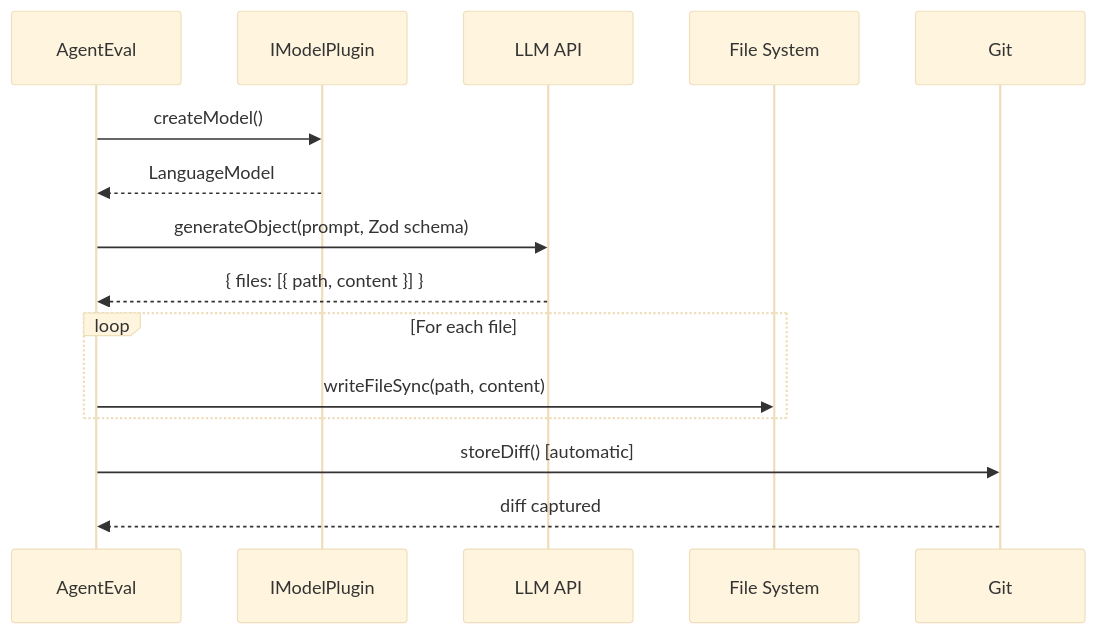
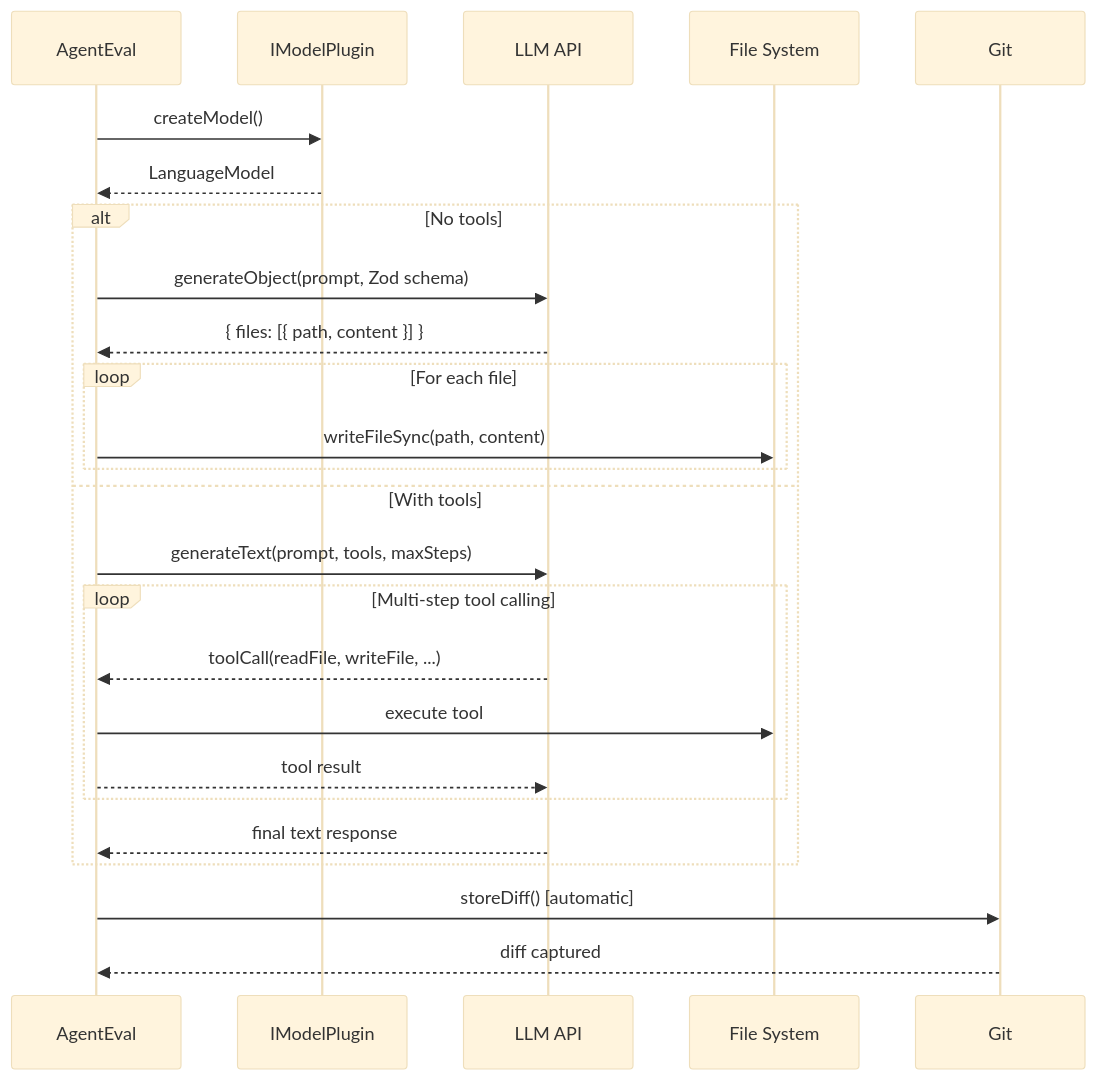
Before and after one commit to Tlahey/agent-eval: the first of 2 diagrams in apps/docs/guide/runners.md, drawn with Mermaid (base theme). The commit also changed other lines of this file and 12 other files, not shown here.

First line of the commit message:
feat(llm): add GitHubModelsModel plugin with tools and ModelSettings (#17)

````diff
--- a/apps/docs/guide/runners.md
+++ b/apps/docs/guide/runners.md
@@ -290,18 +341,28 @@
 ```mermaid
 sequenceDiagram
     participant AE as AgentEval
     participant MP as IModelPlugin
     participant LLM as LLM API
     participant FS as File System
     participant Git as Git
 
     AE->>MP: createModel()
     MP-->>AE: LanguageModel
-    AE->>LLM: generateObject(prompt, Zod schema)
-    LLM-->>AE: { files: [{ path, content }] }
-    loop For each file
-        AE->>FS: writeFileSync(path, content)
+    alt No tools
+        AE->>LLM: generateObject(prompt, Zod schema)
+        LLM-->>AE: { files: [{ path, content }] }
+        loop For each file
+            AE->>FS: writeFileSync(path, content)
+        end
+    else With tools
+        AE->>LLM: generateText(prompt, tools, maxSteps)
+        loop Multi-step tool calling
+            LLM-->>AE: toolCall(readFile, writeFile, ...)
+            AE->>FS: execute tool
+            AE-->>LLM: tool result
+        end
+        LLM-->>AE: final text response
     end
     AE->>Git: storeDiff() [automatic]
     Git-->>AE: diff captured
 ```
````
